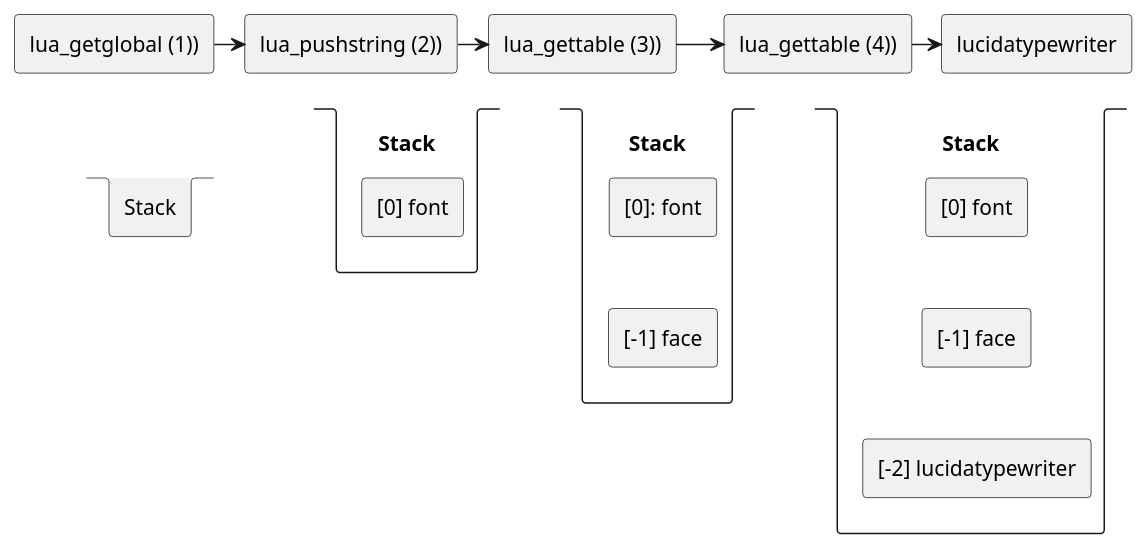
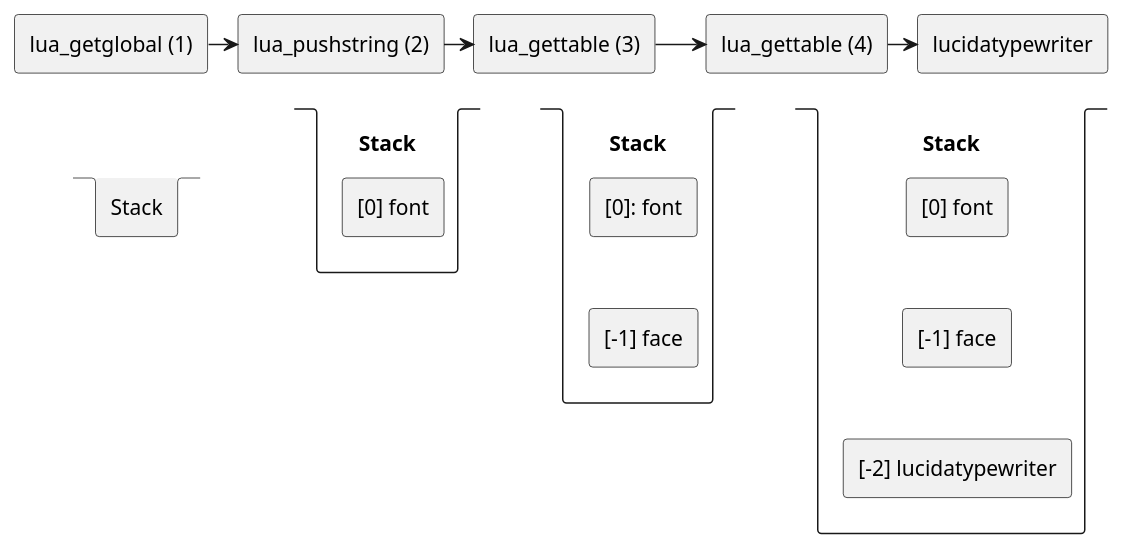
Before and after one commit to unexist/blog: the second of 2 diagrams in _drafts/embedding-other-languages.adoc, drawn with PlantUML. The commit also changed other lines of this file and 2 other files, not shown here.

```diff
--- a/_drafts/embedding-other-languages.adoc
+++ b/_drafts/embedding-other-languages.adoc
@@ -562,50 +574,48 @@
 [plantuml]
 ----
 skinparam linetype ortho
 skinparam nodesep 20
 skinparam ranksep 20
 
-rectangle "lua_getglobal (1))" as l1
-rectangle "lua_pushstring (2))" as l2
-rectangle "lua_gettable (3))" as l3
-rectangle "lua_gettable (4))" as l4
+rectangle "lua_getglobal (1)" as l1
+rectangle "lua_pushstring (2)" as l2
+rectangle "lua_gettable (3)" as l3
+rectangle "lua_gettable (4)" as l4
 rectangle "lucidatypewriter" as res
-
 
 stack "Stack" as s1 {
 }
 
 stack "Stack" as s2 {
   rectangle "[0] font"
 }
 
 stack "Stack" as s3 {
   rectangle "[0]: font" as s3_font
   rectangle "[-1] face"  as s3_face
 }
-
 
 stack "Stack" as s4 {
   rectangle "[0] font" as s4_font
   rectangle "[-1] face" as s4_face
   rectangle "[-2] lucidatypewriter" as s4_luci
 }
 
 s3_font -[hidden]d-> s3_face
 s4_font -[hidden]d-> s4_face
 s4_face -[hidden]d-> s4_luci
 
 s1 -[hidden]r-> s2
 s2 -[hidden]r-> s3
 s3 -[hidden]r-> s4
 
 s1 -[hidden]u-> l1
 s2 -[hidden]u-> l2
 s3 -[hidden]u-> l3
 s4 -[hidden]u-> l4
 
 l1 -r-> l2
 l2 -r-> l3
 l3 -r-> l4
 l4 -r-> res
 ----
```
